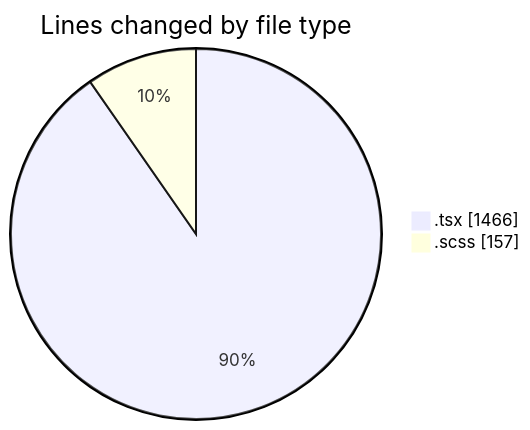
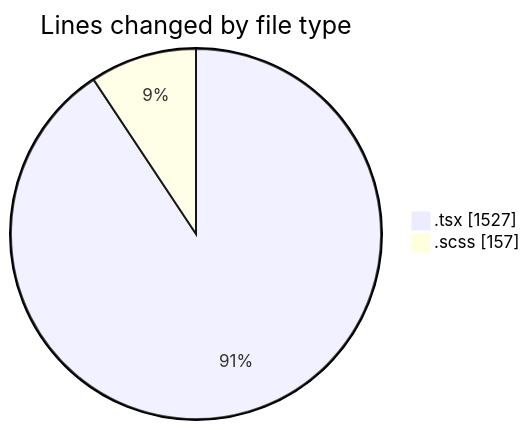
Before and after one commit to momahboobian/code-tracking: the first of 2 diagrams in 2025-04-07/cda/README.md, drawn with Mermaid. The commit also changed other lines of this file and 1 other file, not shown here.

````diff
--- a/2025-04-07/cda/README.md
+++ b/2025-04-07/cda/README.md
@@ -24,6 +25,6 @@
 ```mermaid
 pie showData
 title Lines changed by file type
-".tsx" : 1466
+".tsx" : 1527
 ".scss" : 157
 ```
````
